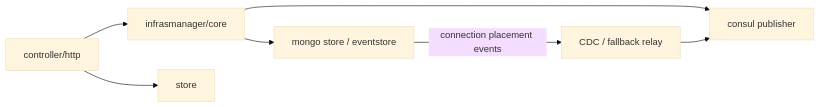
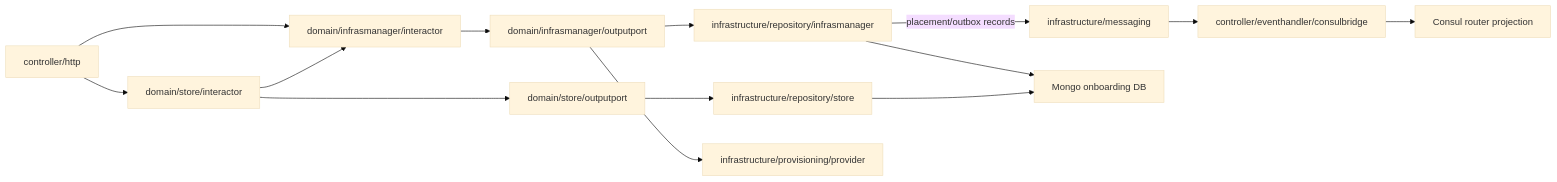
One commit to tuannm99/podzone changed the fifth of 8 diagrams in docs/architecture/modules.md. Above: the diagram before and after it, drawn with Mermaid (base theme). The commit also changed other lines of this file and 28 other files, not shown here.

````diff
--- a/docs/architecture/modules.md
+++ b/docs/architecture/modules.md
@@ -126,16 +126,29 @@
 ```mermaid
 flowchart LR
     HTTP["controller/http"]
-    InfraManager["infrasmanager/core"]
-    StoreSvc["store"]
-    MongoStore["mongo store / eventstore"]
-    ConsulPub["consul publisher"]
-    EventRelay["CDC / fallback relay"]
+    InfraInteractor["domain/infrasmanager/interactor"]
+    StoreInteractor["domain/store/interactor"]
+    InfraPorts["domain/infrasmanager/outputport"]
+    StorePorts["domain/store/outputport"]
+    MongoStore["infrastructure/repository/infrasmanager"]
+    StoreRepo["infrastructure/repository/store"]
+    Provider["infrastructure/provisioning/provider"]
+    ConsulBridge["controller/eventhandler/consulbridge"]
+    Messaging["infrastructure/messaging"]
+    Mongo["Mongo onboarding DB"]
+    Consul["Consul router projection"]
 
-    HTTP --> InfraManager
-    HTTP --> StoreSvc
-    InfraManager --> MongoStore
-    InfraManager --> ConsulPub
-    MongoStore -->|"connection placement events"| EventRelay
-    EventRelay --> ConsulPub
+    HTTP --> InfraInteractor
+    HTTP --> StoreInteractor
+    StoreInteractor --> InfraInteractor
+    InfraInteractor --> InfraPorts
+    StoreInteractor --> StorePorts
+    InfraPorts --> MongoStore
+    InfraPorts --> Provider
+    StorePorts --> StoreRepo
+    MongoStore --> Mongo
+    StoreRepo --> Mongo
+    MongoStore -->|"placement/outbox records"| Messaging
+    Messaging --> ConsulBridge
+    ConsulBridge --> Consul
 ```
````
